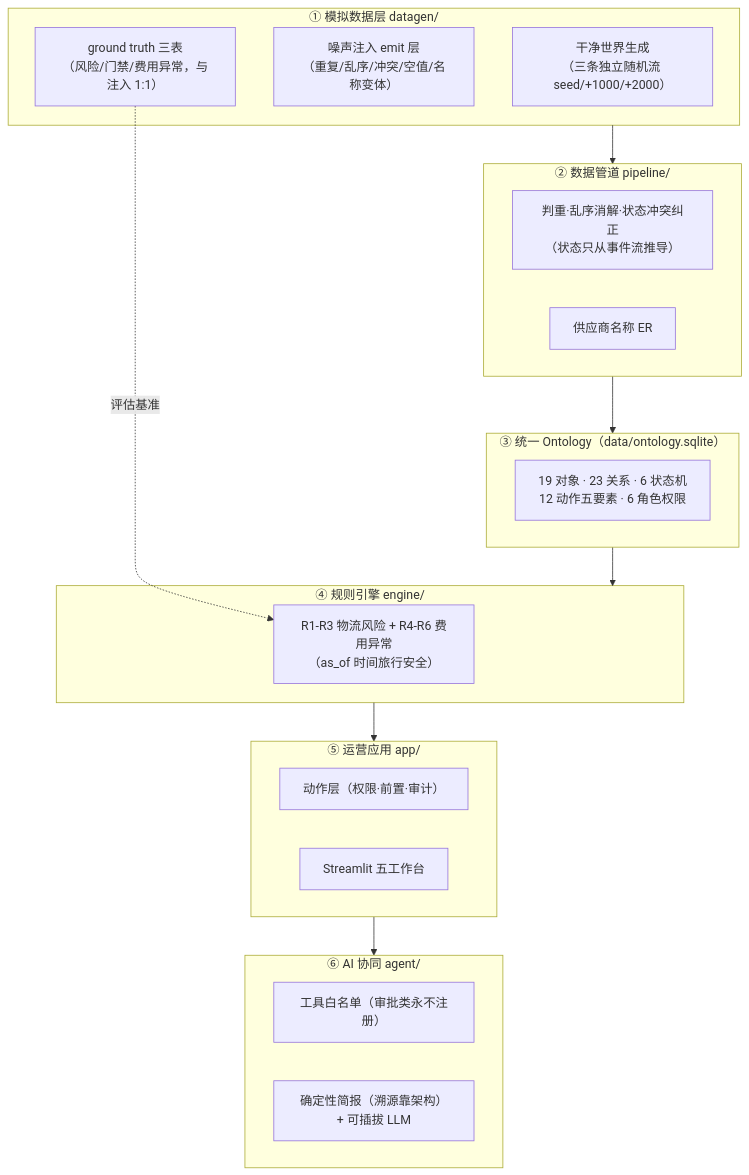
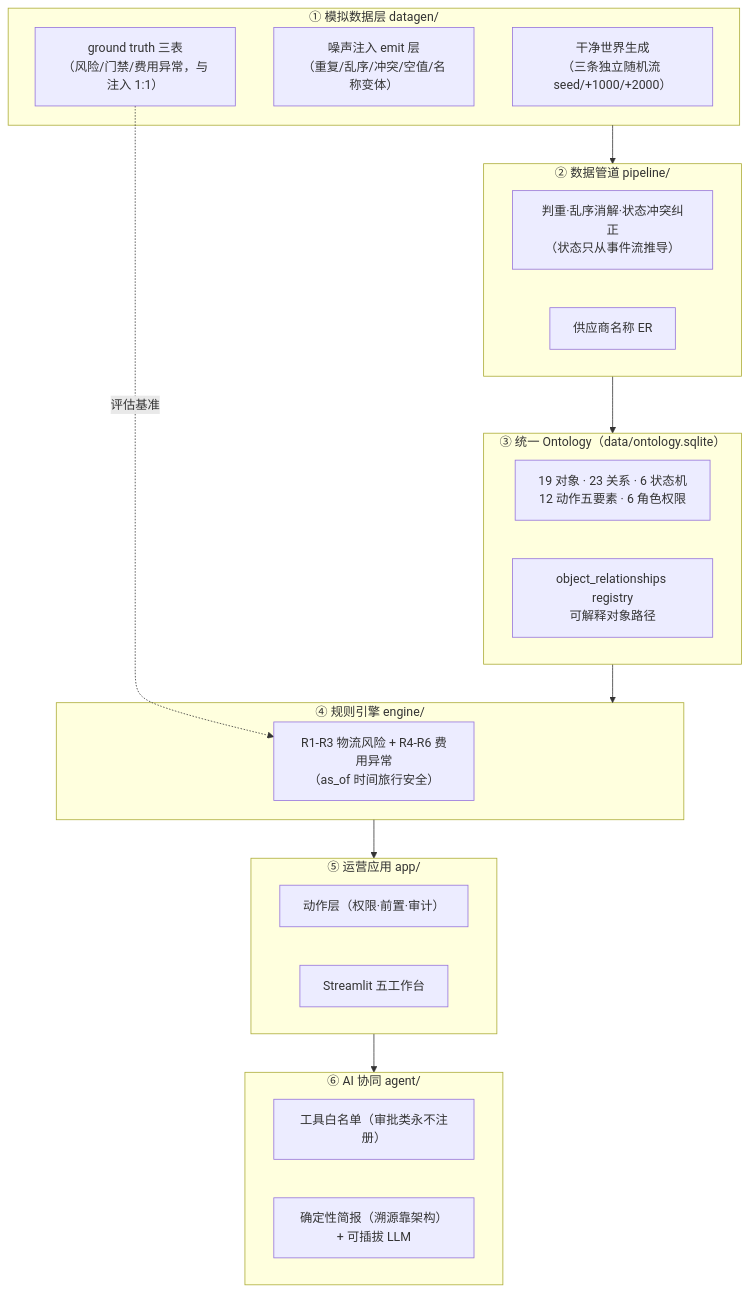
The first of 3 diagrams in docs/architecture.md (seekiingforhappiness-glitch/us-cross-border-supply-chain-whitepaper), drawn with Mermaid before and after one commit. The commit also changed other lines of this file and 10 other files, not shown here.

````diff
--- a/docs/architecture.md
+++ b/docs/architecture.md
@@ -8,28 +8,29 @@
 ```mermaid
 flowchart TB
     subgraph L1["① 模拟数据层 datagen/"]
         A1["干净世界生成<br/>（三条独立随机流 seed/+1000/+2000）"]
         A2["噪声注入 emit 层<br/>（重复/乱序/冲突/空值/名称变体）"]
         A3["ground truth 三表<br/>（风险/门禁/费用异常，与注入 1:1）"]
     end
     subgraph L2["② 数据管道 pipeline/"]
         B1["判重·乱序消解·状态冲突纠正<br/>（状态只从事件流推导）"]
         B2["供应商名称 ER"]
     end
     subgraph L3["③ 统一 Ontology（data/ontology.sqlite）"]
         C1["19 对象 · 23 关系 · 6 状态机<br/>12 动作五要素 · 6 角色权限"]
+        C2["object_relationships registry<br/>可解释对象路径"]
     end
     subgraph L4["④ 规则引擎 engine/"]
         D1["R1-R3 物流风险 + R4-R6 费用异常<br/>（as_of 时间旅行安全）"]
     end
     subgraph L5["⑤ 运营应用 app/"]
         E1["动作层（权限·前置·审计）"]
         E2["Streamlit 五工作台"]
     end
     subgraph L6["⑥ AI 协同 agent/"]
         F1["工具白名单（审批类永不注册）"]
         F2["确定性简报（溯源靠架构）+ 可插拔 LLM"]
     end
     L1 --> L2 --> L3 --> L4 --> L5 --> L6
     A3 -.评估基准.-> D1
 ```
````
